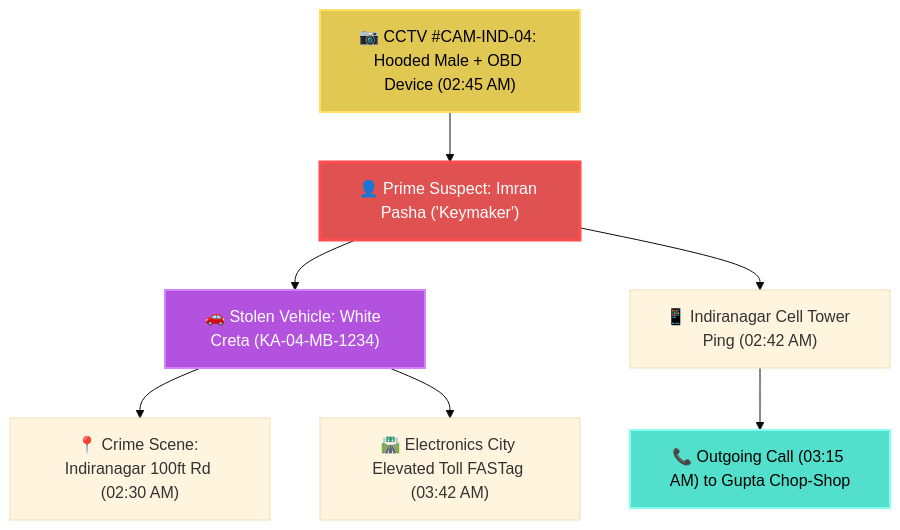
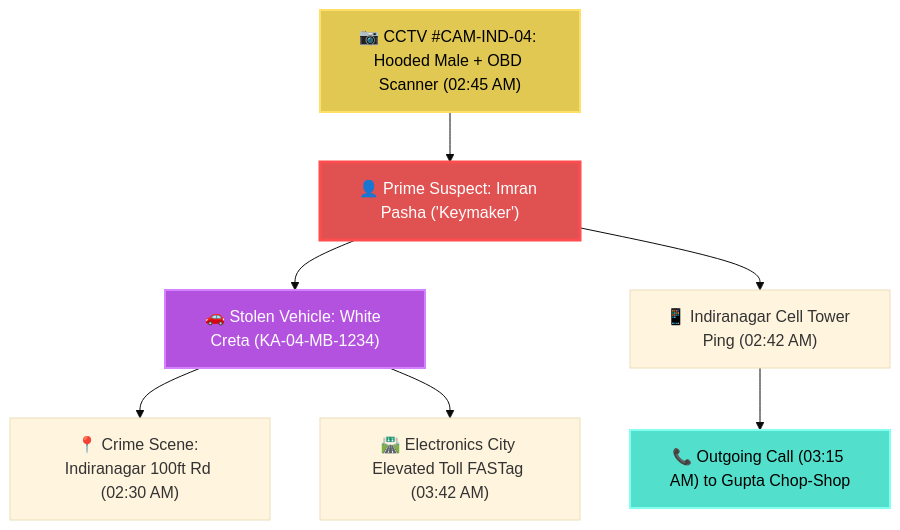
The diagram in README.md (brovk2008/Sentinal), drawn with Mermaid (base theme) before and after one commit. The commit also changed other lines of this file, not shown here.

````diff
--- a/README.md
+++ b/README.md
@@ -111,14 +65,14 @@
 ```mermaid
 graph TD
     A["🚗 Stolen Vehicle: White Creta (KA-04-MB-1234)"] --> B["📍 Crime Scene: Indiranagar 100ft Rd (02:30 AM)"]
-    C["📷 CCTV #CAM-IND-04: Hooded Male + OBD Device (02:45 AM)"] --> D["👤 Prime Suspect: Imran Pasha ('Keymaker')"]
+    C["📷 CCTV #CAM-IND-04: Hooded Male + OBD Scanner (02:45 AM)"] --> D["👤 Prime Suspect: Imran Pasha ('Keymaker')"]
     D --> A
     D --> E["📱 Indiranagar Cell Tower Ping (02:42 AM)"]
     E --> F["📞 Outgoing Call (03:15 AM) to Gupta Chop-Shop"]
     A --> G["🛣️ Electronics City Elevated Toll FASTag (03:42 AM)"]
     
     style D fill:#e05252,stroke:#ff4d4f,stroke-width:3px,color:#fff
     style A fill:#b452e0,stroke:#d482ff,stroke-width:2px,color:#fff
     style C fill:#e0c852,stroke:#ffe066,stroke-width:2px,color:#000
     style F fill:#52e0cc,stroke:#85fff0,stroke-width:2px,color:#000
 ```
````
